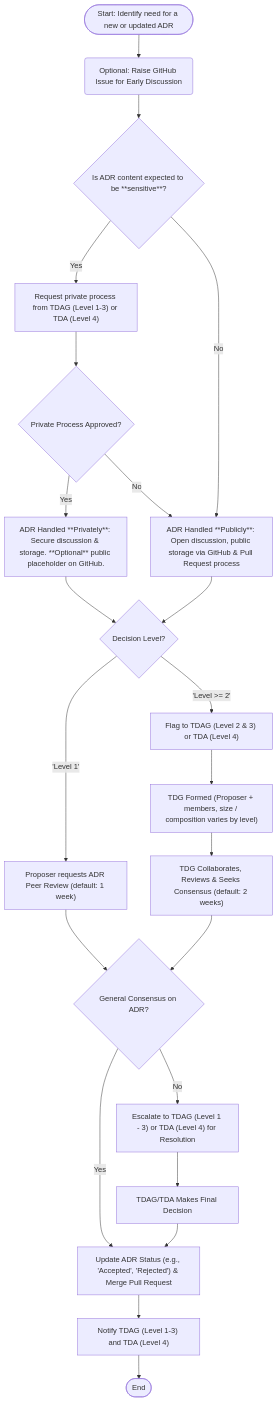
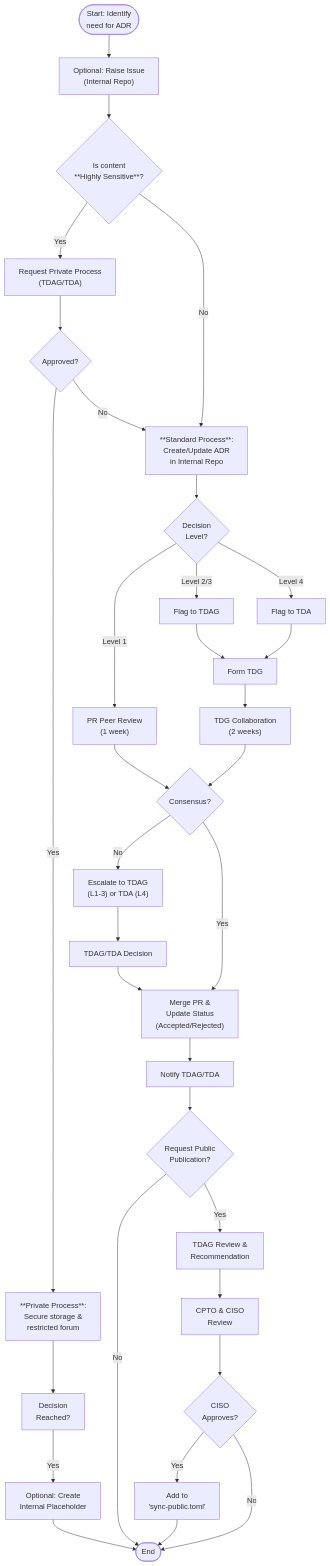
One commit to GIGCymru/architecture changed the second of 2 diagrams in doc/design-authority/dhcw/architecture-decision-record-process.md. Above: the diagram before and after it, drawn with Mermaid. The commit also changed other lines of this file and 17 other files, not shown here.

Commit message:
Sync from internal repository @ 3e9adcd

````diff
--- a/doc/design-authority/dhcw/architecture-decision-record-process.md
+++ b/doc/design-authority/dhcw/architecture-decision-record-process.md
@@ -576,39 +609,57 @@
 ```mermaid
 graph TD
     accTitle: ADR Workflow
     accDescr: Flowchart showing the typical steps for proposing, developing, and deciding on an Architecture Decision Record.
 
-    Start(["Start: Identify need for a new or updated ADR"]) --> Raise_GitHub_Issue("Optional: Raise GitHub Issue for Early Discussion");
-    Raise_GitHub_Issue          --> Is_Sensitive{"Is ADR content expected to be **sensitive**?"};
+    %% Initialization
+    Start(["Start: Identify<br/>need for ADR"]) --> Issue["Optional: Raise Issue<br/>(Internal Repo)"];
+    Issue --> Sensitive_Check{"Is content<br/>**Highly Sensitive**?"};
 
-    %% Private or Public ADR
-    Is_Sensitive        -- Yes  --> Request_Private["Request private process from TDAG (Level 1-3) or TDA (Level 4)"];
-    Is_Sensitive        -- No   --> Process_Publicly;
+    %% Sensitive Path
+    Sensitive_Check -- Yes --> Request_Private["Request Private Process<br/>(TDAG/TDA)"];
+    Request_Private --> Private_Auth{"Approved?"};
+    Private_Auth -- Yes --> Private_Exec["**Private Process**:<br/>Secure storage &<br/>restricted forum"];
+    Private_Auth -- No --> Standard_Init;
+    Private_Exec --> Private_Decision["Decision<br/>Reached?"];
+    Private_Decision -- Yes --> Placeholder["Optional: Create<br/>Internal Placeholder"];
+    Placeholder --> End(["End"]);
 
-    Request_Private             --> Private_Approval{"Private Process Approved?"};
-    Private_Approval    -- Yes  --> Process_Privately["ADR Handled **Privately**: Secure discussion & storage. **Optional** public placeholder on GitHub."];
-    Private_Approval    -- No   --> Process_Publicly["ADR Handled **Publicly**: Open discussion, public storage via GitHub & Pull Request process"];
-    Process_Privately           --> TDG_Decision{"Decision Level?"};
-    Process_Publicly            --> TDG_Decision;
+    %% Standard Path
+    Sensitive_Check -- No --> Standard_Init["**Standard Process**:<br/>Create/Update ADR<br/>in Internal Repo"];
+    Standard_Init --> Level_Check{"Decision<br/>Level?"};
 
-    %% Level 1 Process
-    TDG_Decision        -- 'Level 1'    --> Peer_Review_ADR["Proposer requests ADR Peer Review (default: 1 week)"];
-    Peer_Review_ADR     --> TDG_Consensus_Q
+    %% Level 1
+    Level_Check -- "Level 1" --> Peer_Review["PR Peer Review<br/>(1 week)"];
+    Peer_Review --> Consensus_Check{"Consensus?"};
 
-    %% Level 2 - 4 Process
-    TDG_Decision        -- 'Level >= 2' --> Flag_TDAG_TDA["Flag to TDAG (Level 2 & 3) or TDA (Level 4)"];
+    %% Level 2, 3, 4
+    Level_Check -- "Level 2/3" --> Flag_TDAG["Flag to TDAG"];
+    Level_Check -- "Level 4" --> Flag_TDA["Flag to TDA"];
+    
+    Flag_TDAG --> Form_TDG["Form TDG"];
+    Flag_TDA --> Form_TDG;
+    
+    Form_TDG --> Collaborate["TDG Collaboration<br/>(2 weeks)"];
+    Collaborate --> Consensus_Check;
 
-    Flag_TDAG_TDA --> TDG_Formed["TDG Formed (Proposer + members, size / composition varies by level)"];
+    %% Consensus Handling
+    Consensus_Check -- No --> Escalate["Escalate to TDAG<br/>(L1-3) or TDA (L4)"];
+    Escalate --> Final_Ruling["TDAG/TDA Decision"];
+    Final_Ruling --> Merge;
+    
+    Consensus_Check -- Yes --> Merge["Merge PR &<br/>Update Status<br/>(Accepted/Rejected)"];
 
-    TDG_Formed --> TDG_Collaboration["TDG Collaborates, Reviews & Seeks Consensus (default: 2 weeks)"];
+    %% Governance & Publication
+    Merge --> Notify["Notify TDAG/TDA"];
+    Notify --> Pub_Check{"Request Public<br/>Publication?"};
 
-    TDG_Collaboration --> TDG_Consensus_Q{"General Consensus on ADR?"};
-    TDG_Consensus_Q -- Yes --> Accept_Reject_ADR;
-    TDG_Consensus_Q -- No --> Escalate["Escalate to TDAG (Level 1 - 3) or TDA (Level 4) for Resolution"];
-    Escalate --> TDAG_TDA_Decides["TDAG/TDA Makes Final Decision"];
-    TDAG_TDA_Decides --> Accept_Reject_ADR;
-
-    %% Finalise ADR
-    Accept_Reject_ADR["Update ADR Status (e.g., 'Accepted', 'Rejected') & Merge Pull Request"] --> Notify_Governance["Notify TDAG (Level 1-3) and TDA (Level 4)"];
-    Notify_Governance --> End(["End"]);
+    %% Publication Path
+    Pub_Check -- No --> End;
+    Pub_Check -- Yes --> TDAG_Rec["TDAG Review &<br/>Recommendation"];
+    TDAG_Rec --> Exec_Review["CPTO & CISO<br/>Review"];
+    Exec_Review --> CISO_Auth{"CISO<br/>Approves?"};
+    
+    CISO_Auth -- Yes --> Add_Manifest["Add to<br/>'sync-public.toml'"];
+    Add_Manifest --> End;
+    CISO_Auth -- No --> End;
 ```
````
